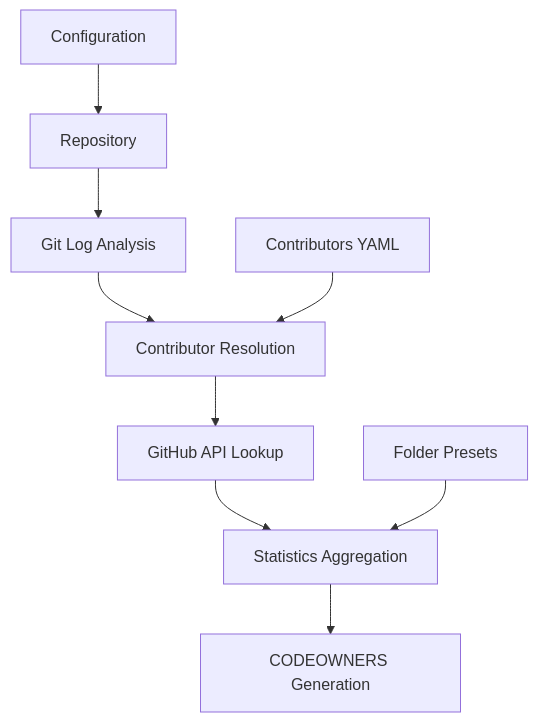
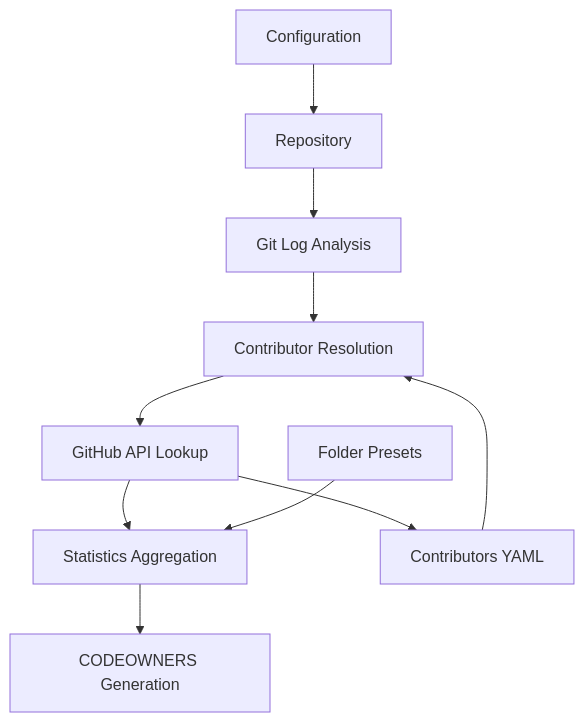
Before and after one commit to sonic-net/sonic-pipelines: the diagram in scripts/code-owners/doc/index.md, drawn with Mermaid.

````diff
--- a/scripts/code-owners/doc/index.md
+++ b/scripts/code-owners/doc/index.md
@@ -32,12 +32,13 @@
 ```mermaid
 graph TD
     A[Repository] --> B[Git Log Analysis]
     B --> C[Contributor Resolution]
     C --> D[GitHub API Lookup]
     D --> E[Statistics Aggregation]
     E --> F[CODEOWNERS Generation]
     
     G[Contributors YAML] --> C
     H[Folder Presets] --> E
     I[Configuration] --> A
+    D[GitHub API Lookup] --> G
 ```
````
